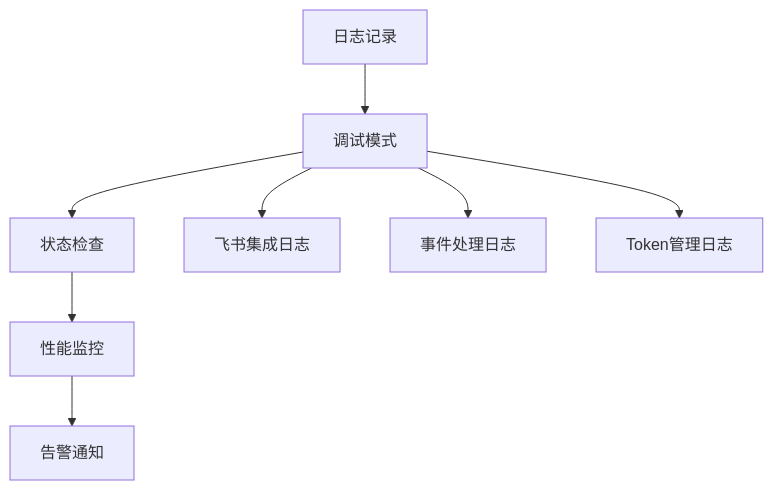
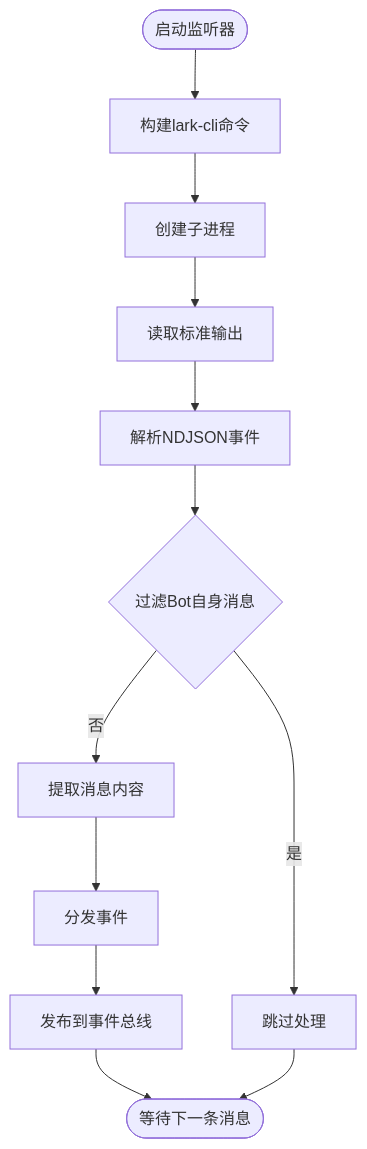
The fifth of 6 diagrams in .qoder/repowiki/zh/content/集成与扩展/飞书集成系统.md (angledick/-), drawn with Mermaid before and after one commit. The commit also changed other lines of this file and 128 other files, not shown here.

````diff
--- a/.qoder/repowiki/zh/content/集成与扩展/飞书集成系统.md
+++ b/.qoder/repowiki/zh/content/集成与扩展/飞书集成系统.md
@@ -419,10 +209,14 @@
 ```mermaid
 flowchart TD
-LOG[日志记录] --> DEBUG[调试模式]
-DEBUG --> STATUS[状态检查]
-STATUS --> MONITOR[性能监控]
-MONITOR --> ALERT[告警通知]
-DEBUG --> FEISHU_LOG[飞书集成日志]
-DEBUG --> EVENT_LOG[事件处理日志]
-DEBUG --> TOKEN_LOG[Token管理日志]
+Start([启动监听器]) --> BuildCommand[构建lark-cli命令]
+BuildCommand --> CreateProcess[创建子进程]
+CreateProcess --> ReadStdout[读取标准输出]
+ReadStdout --> ParseJSON[解析NDJSON事件]
+ParseJSON --> FilterBot{过滤Bot自身消息}
+FilterBot --> |是| Skip[跳过处理]
+FilterBot --> |否| ExtractContent[提取消息内容]
+ExtractContent --> DispatchEvent[分发事件]
+DispatchEvent --> PublishBus[发布到事件总线]
+PublishBus --> End([等待下一条消息])
+Skip --> End
 ```
````
